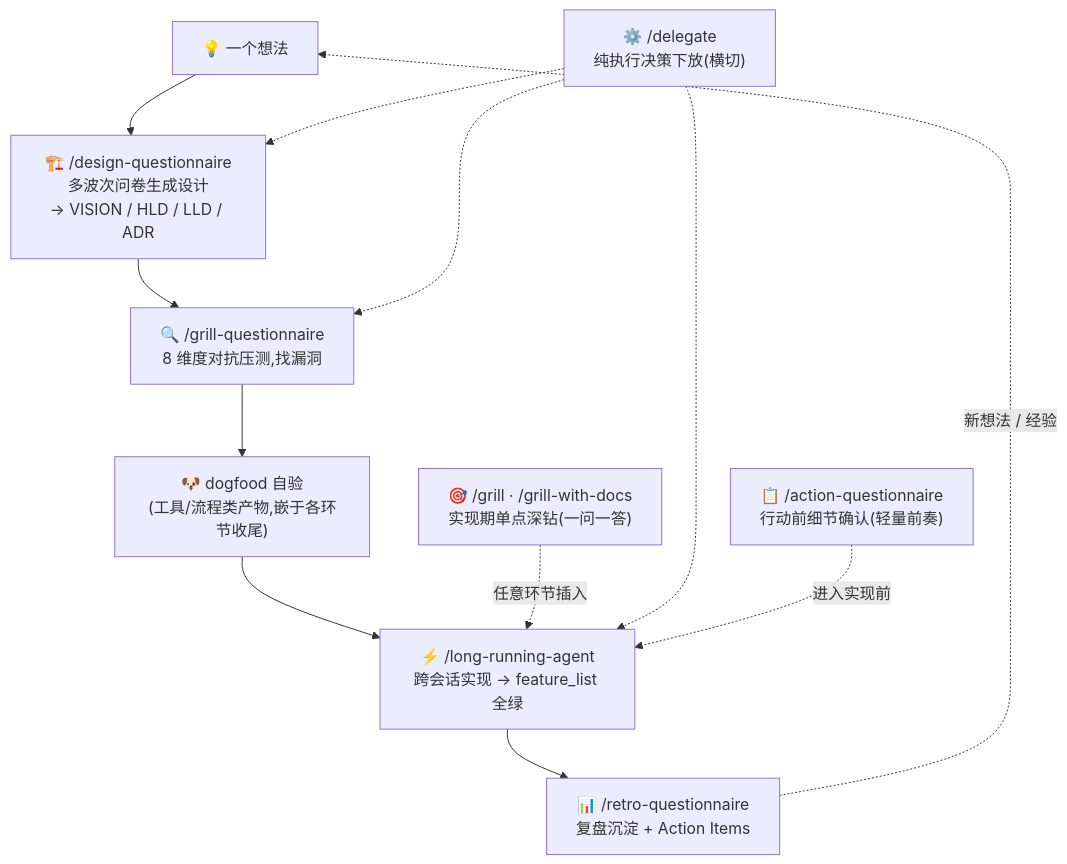
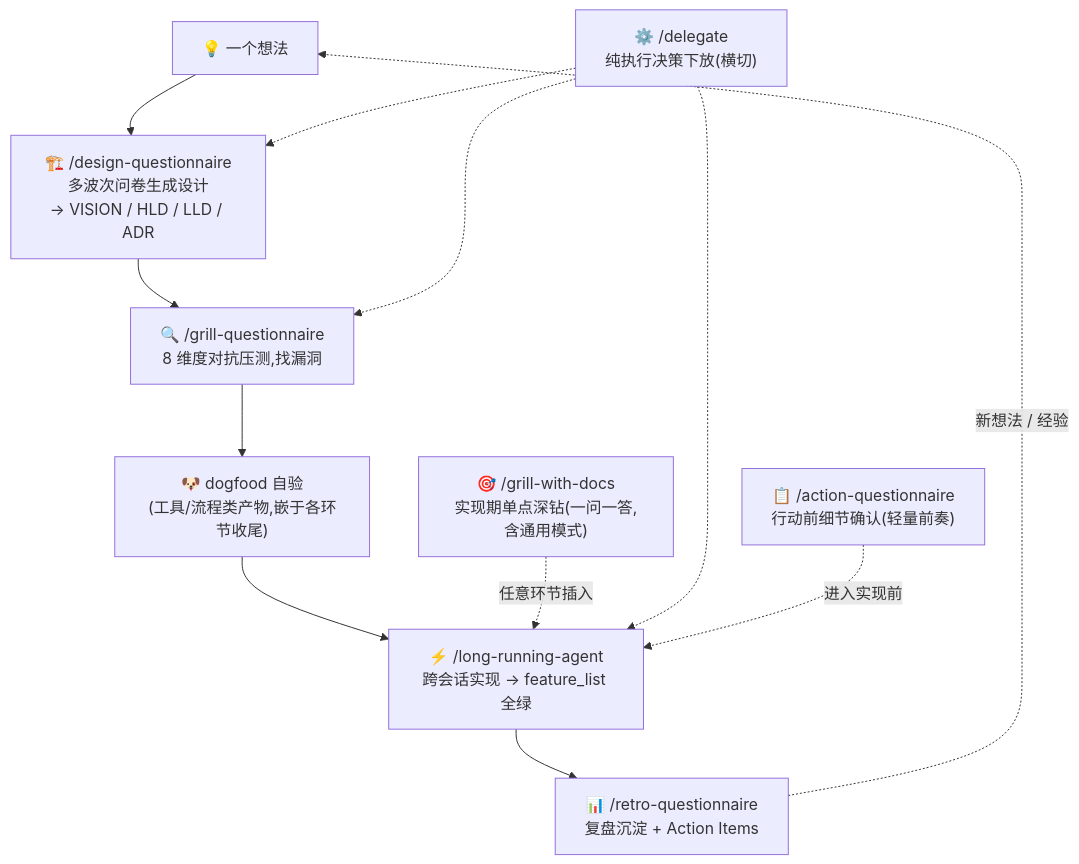
Before and after one commit to code-cycler/info-driven-ai-se-harness-engineering: the first of 2 diagrams in docs/methodology/practical_v1.md, drawn with Mermaid. The commit also changed other lines of this file and 1 other file, not shown here.

Commit message:
fix(practical): grill 退役残留修复(zh 源)+ en 镜像落地
zh 修复(七步 ②.5 canonical 先行):9 个→8 个 skill;快速上手 mermaid 节点
/grill · /grill-with-docs → /grill-with-docs+含通用模式(对齐 README 协作图)。
en 镜像 230 行基于修复后版本(zh-hash=ab1723c6ea08),门面必审通过(2026-08-25)。

````diff
--- a/docs/methodology/practical_v1.md
+++ b/docs/methodology/practical_v1.md
@@ -12,15 +12,15 @@
 ```mermaid
 flowchart TD
     A["💡 一个想法"] --> B["🏗️ /design-questionnaire<br/>多波次问卷生成设计<br/>→ VISION / HLD / LLD / ADR"]
     B --> C["🔍 /grill-questionnaire<br/>8 维度对抗压测,找漏洞"]
     C --> D["🐶 dogfood 自验<br/>(工具/流程类产物,嵌于各环节收尾)"]
     D --> E["⚡ /long-running-agent<br/>跨会话实现 → feature_list 全绿"]
     E --> F["📊 /retro-questionnaire<br/>复盘沉淀 + Action Items"]
     F -.->|新想法 / 经验| A
 
-    G["🎯 /grill · /grill-with-docs<br/>实现期单点深钻(一问一答)"] -.->|任意环节插入| E
+    G["🎯 /grill-with-docs<br/>实现期单点深钻(一问一答,含通用模式)"] -.->|任意环节插入| E
     H["⚙️ /delegate<br/>纯执行决策下放(横切)"] -.-> B
     H -.-> C
     H -.-> E
     I["📋 /action-questionnaire<br/>行动前细节确认(轻量前奏)"] -.->|进入实现前| E
 ```
````
